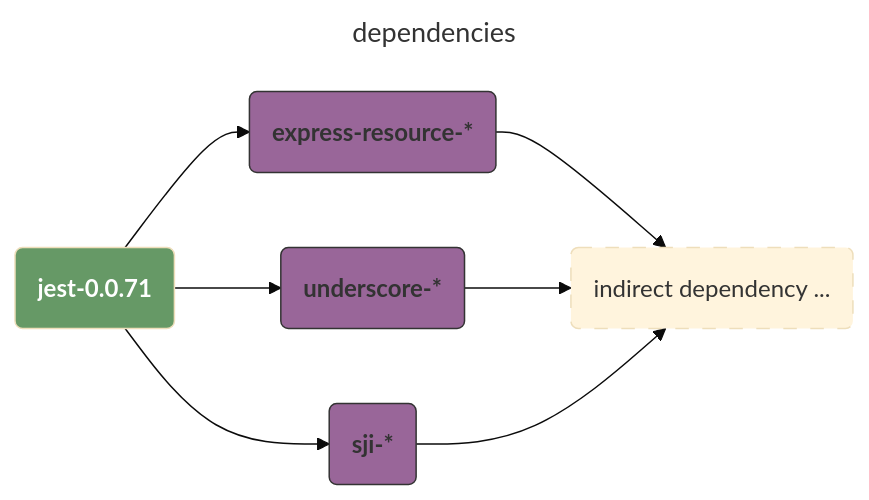
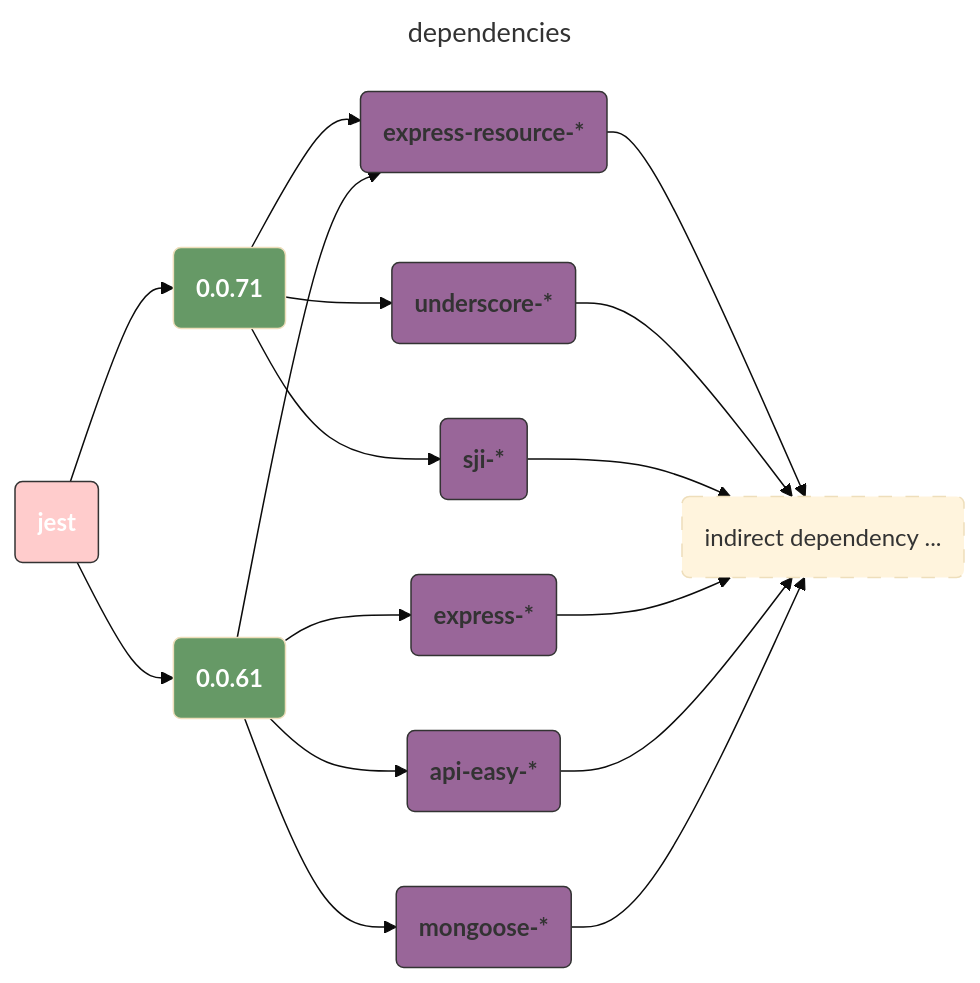
Before and after one commit to 0x822a5b87/tiny-package-manager: the first of 3 diagrams in README.md, drawn with Mermaid (base theme). The commit also changed other lines of this file, not shown here.

Commit message:
[master][update]update figure

````diff
--- a/README.md
+++ b/README.md
@@ -16,26 +16,41 @@
 ```mermaid
 ---
 title: dependencies
 ---
 flowchart LR
 
-jest("jest-0.0.71"):::green
+jest("jest"):::pink
+
+jest2("0.0.61"):::green
+jest1("0.0.71"):::green
 
 express-resource("express-resource-*"):::purple
 underscore("underscore-*"):::purple
 sji("sji-*"):::purple
 
+
+express("express-*"):::purple
+api-easy("api-easy-*"):::purple
+mongoose("mongoose-*"):::purple
+
 indirect01("indirect dependency ..."):::animate
 
-jest --> express-resource --> indirect01
-jest --> underscore --> indirect01
-jest --> sji --> indirect01
+jest --> jest1
+jest --> jest2
 
+jest1 --> express-resource --> indirect01
+jest1 --> underscore --> indirect01
+jest1 --> sji --> indirect01
+
+jest2 --> express --> indirect01
+jest2 --> api-easy --> indirect01
+jest2 --> mongoose --> indirect01
+jest2 --> express-resource
 
 classDef pink 1,fill:#FFCCCC,stroke:#333, color: #fff, font-weight:bold;
 classDef green fill: #696,color: #fff,font-weight: bold;
 classDef purple fill:#969,stroke:#333, font-weight: bold;
 classDef error fill:#bbf,stroke:#f66,stroke-width:2px,color:#fff,stroke-dasharray: 5 5
 classDef coral fill:#f9f,stroke:#333,stroke-width:4px;
 classDef animate stroke-dasharray: 9,5,stroke-dashoffset: 900,animation: dash 25s linear infinite;
 ```
````
